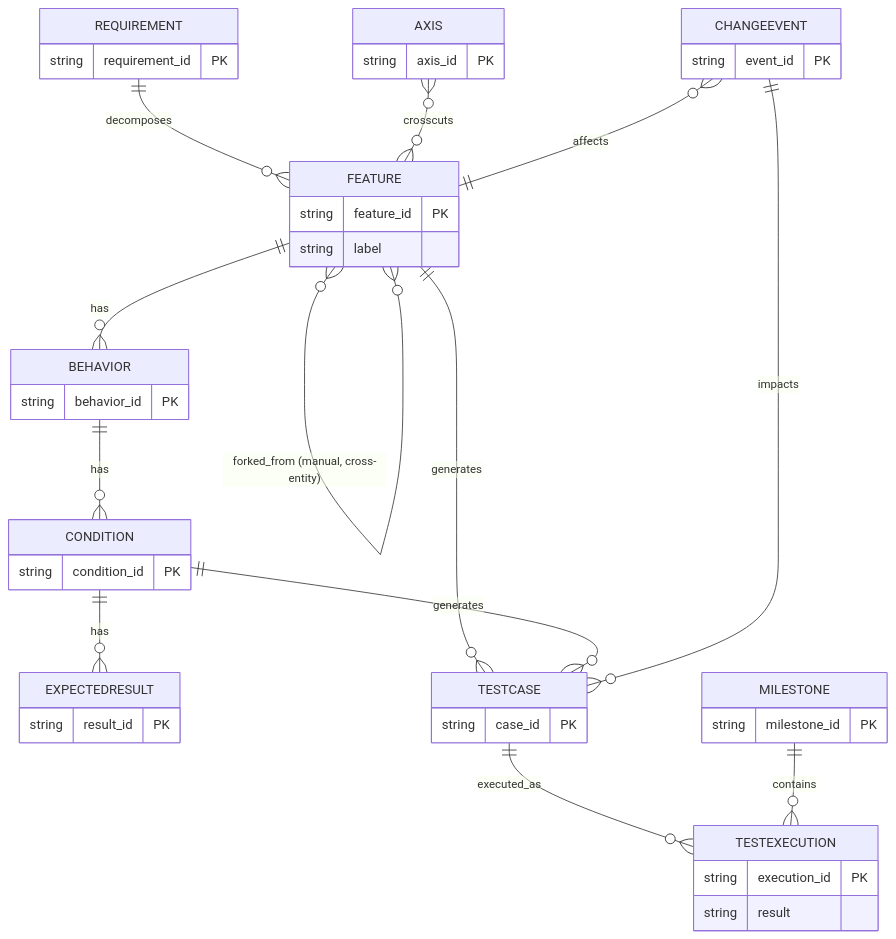
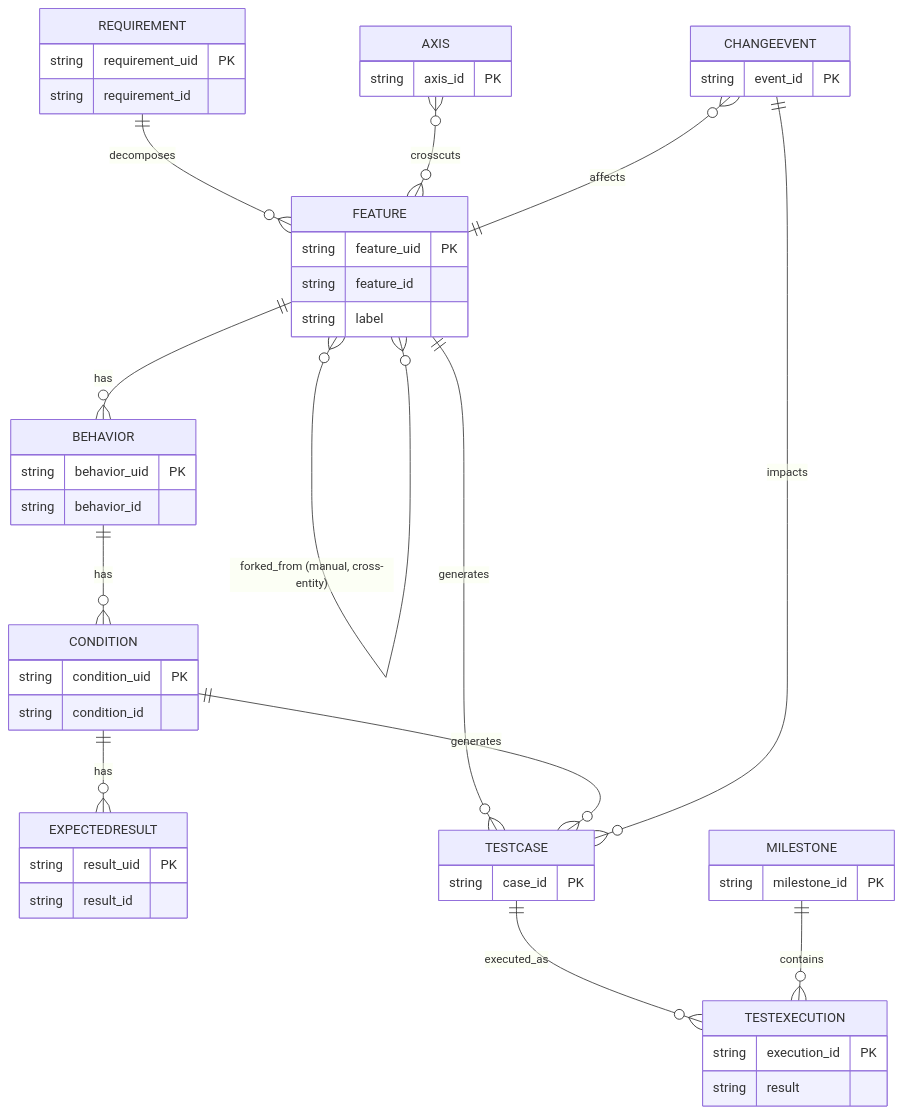
The second of 6 diagrams in docs/ja/テスト知識管理のGit-nativeモデル_統合版.md (markharness/markharness), drawn with Mermaid before and after one commit. The commit also changed other lines of this file and 5 other files, not shown here.

````diff
--- a/docs/ja/テスト知識管理のGit-nativeモデル_統合版.md
+++ b/docs/ja/テスト知識管理のGit-nativeモデル_統合版.md
@@ -192,29 +192,34 @@
 ```mermaid
 erDiagram
   REQUIREMENT ||--o{ FEATURE : decomposes
   FEATURE ||--o{ FEATURE : "derived_from (derived per-milestone from ChangeEvent tree-sha diff; not a persisted DAG edge)"
   FEATURE }o--o{ FEATURE : "forked_from (manual, cross-entity)"
   FEATURE ||--o{ BEHAVIOR : has
   BEHAVIOR ||--o{ CONDITION : has
   CONDITION ||--o{ EXPECTEDRESULT : has
   AXIS }o--o{ FEATURE : crosscuts
   FEATURE ||--o{ TESTCASE : generates
   CONDITION ||--o{ TESTCASE : generates
   TESTCASE ||--o{ TESTEXECUTION : executed_as
   MILESTONE ||--o{ TESTEXECUTION : contains
   CHANGEEVENT }o--|| FEATURE : affects
   CHANGEEVENT ||--o{ TESTCASE : impacts
 
-  REQUIREMENT { string requirement_id PK }
-  FEATURE { string feature_id PK
+  REQUIREMENT { string requirement_uid PK
+                string requirement_id }
+  FEATURE { string feature_uid PK
+            string feature_id
             string label }
-  BEHAVIOR { string behavior_id PK }
-  CONDITION { string condition_id PK }
-  EXPECTEDRESULT { string result_id PK }
+  BEHAVIOR { string behavior_uid PK
+             string behavior_id }
+  CONDITION { string condition_uid PK
+              string condition_id }
+  EXPECTEDRESULT { string result_uid PK
+                   string result_id }
   AXIS { string axis_id PK }
   TESTCASE { string case_id PK }
   TESTEXECUTION { string execution_id PK
                   string result }
   MILESTONE { string milestone_id PK }
   CHANGEEVENT { string event_id PK }
 ```
````
